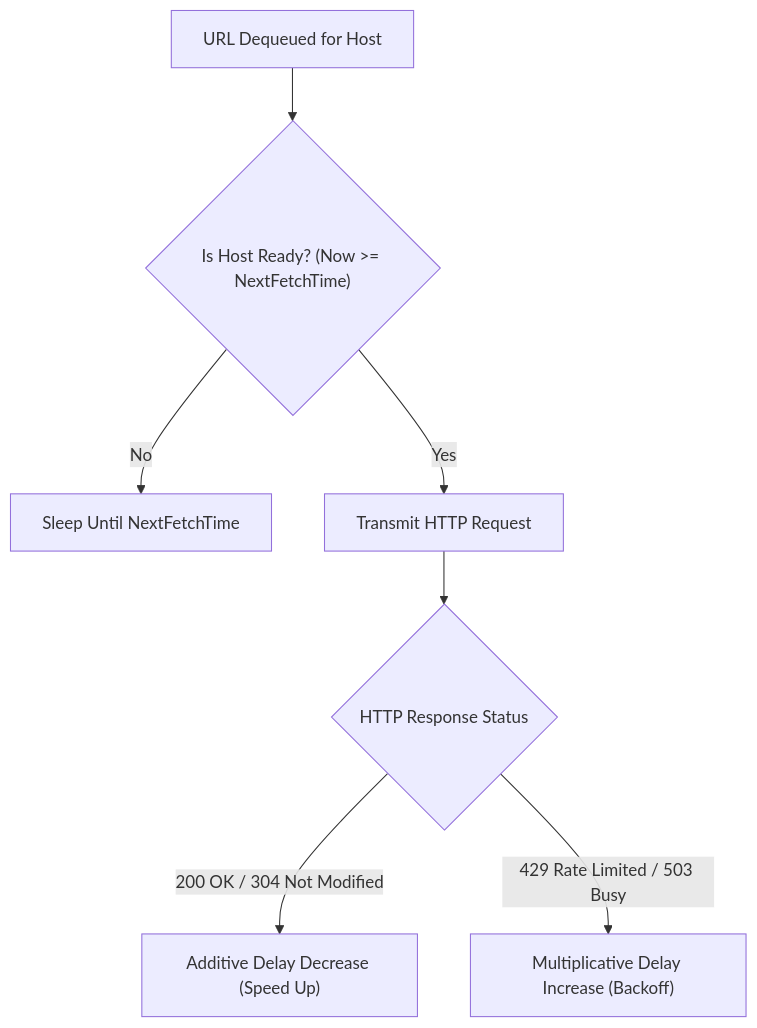
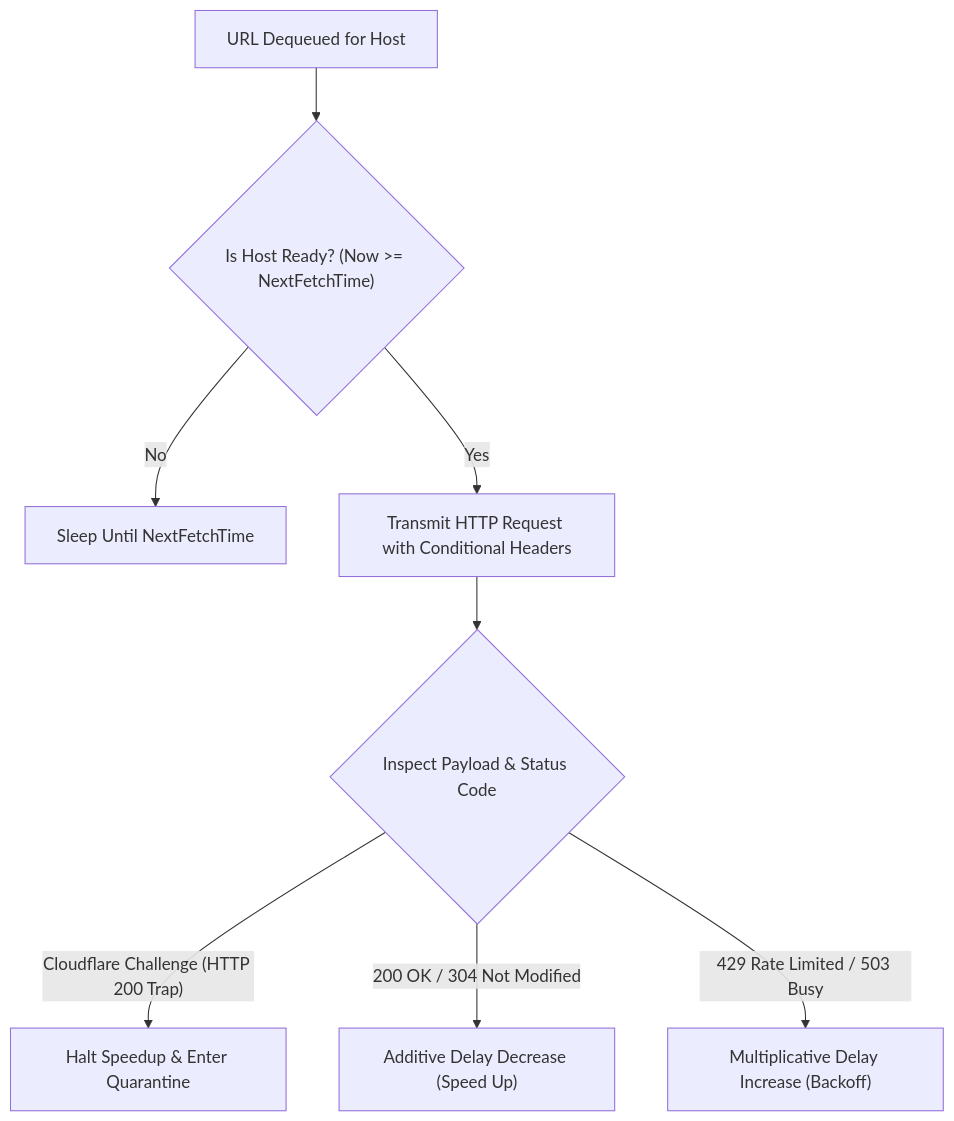
The first of 3 diagrams in docs/topics/02_politeness_and_rate_limiting.md (SlamTheDragon/vrc-package-crawler), drawn with Mermaid before and after one commit. The commit also changed other lines of this file and 18 other files, not shown here.

````diff
--- a/docs/topics/02_politeness_and_rate_limiting.md
+++ b/docs/topics/02_politeness_and_rate_limiting.md
@@ -16,9 +16,10 @@
 ```mermaid
 flowchart TD
     A["URL Dequeued for Host"] --> B{"Is Host Ready? (Now >= NextFetchTime)"}
     B -- "No" --> C["Sleep Until NextFetchTime"]
-    B -- "Yes" --> D["Transmit HTTP Request"]
-    D --> E{"HTTP Response Status"}
+    B -- "Yes" --> D["Transmit HTTP Request with Conditional Headers"]
+    D --> E{"Inspect Payload & Status Code"}
+    E -- "Cloudflare Challenge (HTTP 200 Trap)" --> H["Halt Speedup & Enter Quarantine"]
     E -- "200 OK / 304 Not Modified" --> F["Additive Delay Decrease (Speed Up)"]
     E -- "429 Rate Limited / 503 Busy" --> G["Multiplicative Delay Increase (Backoff)"]
 ```
````
